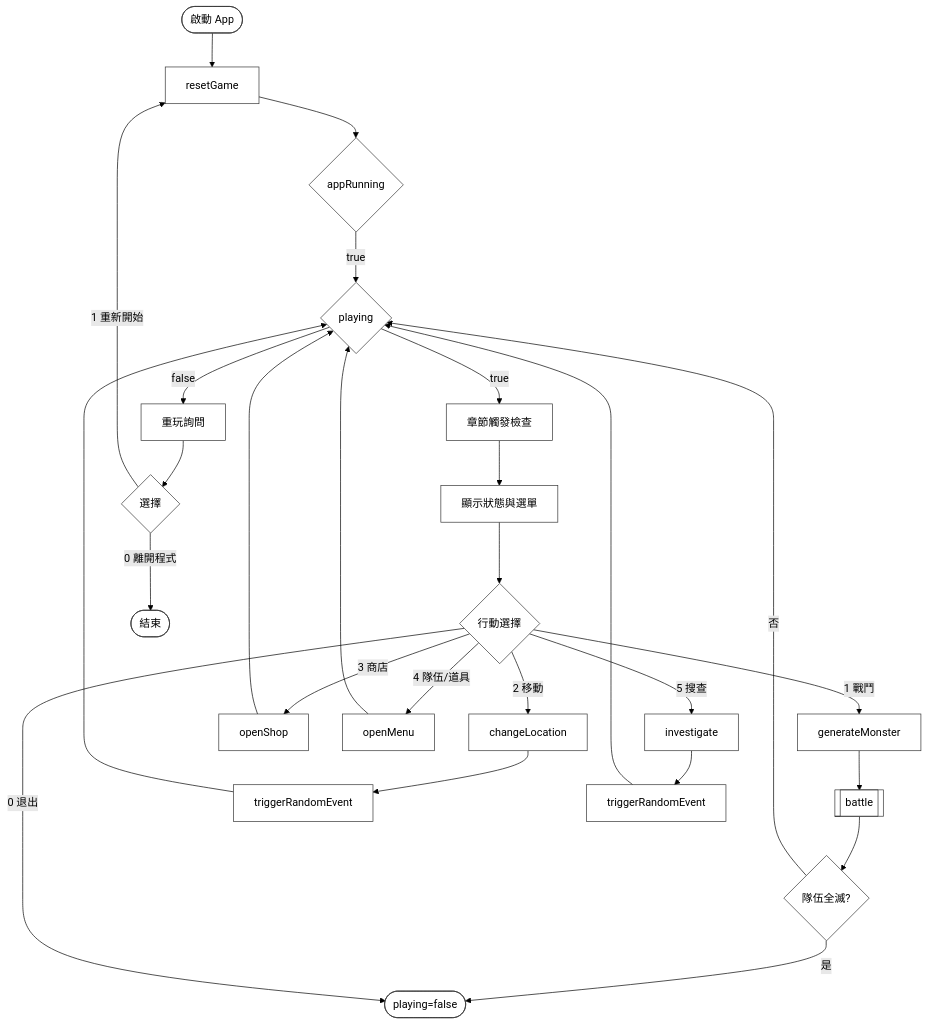
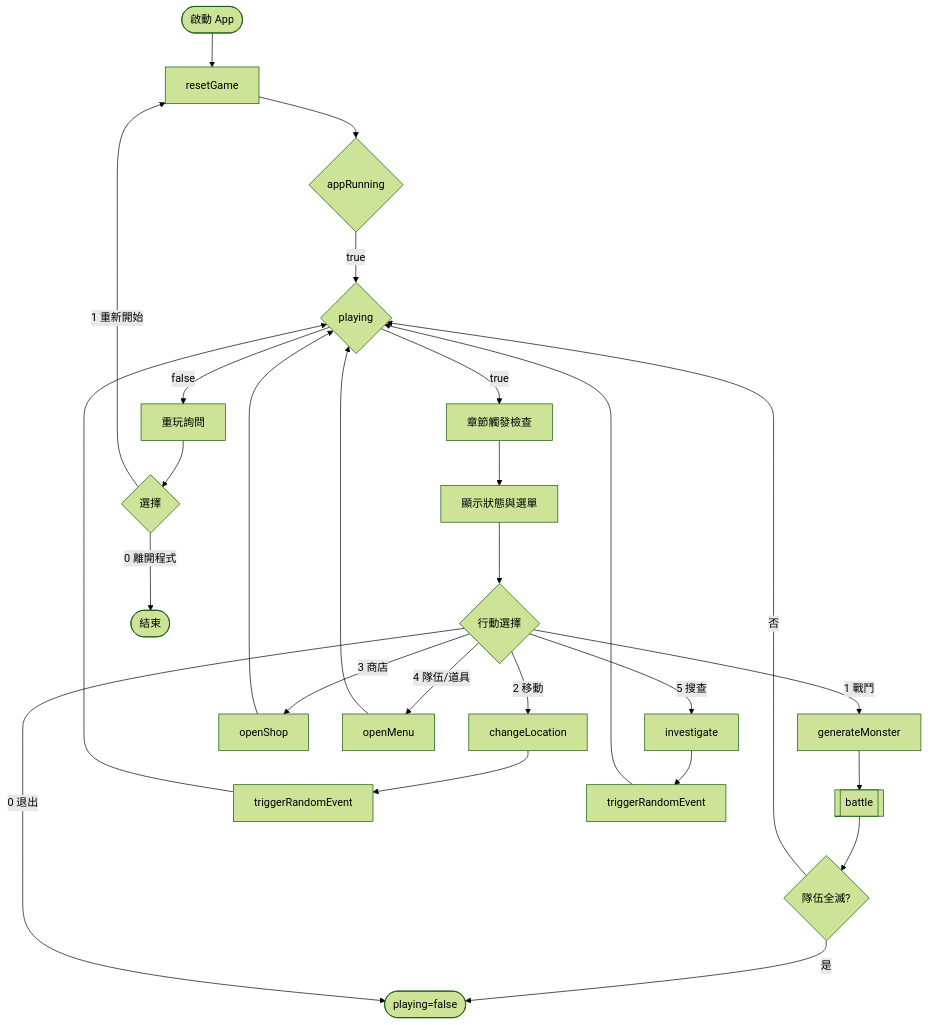
Before and after one commit to t114310203-jpg/rpg_game: the second of 6 diagrams in flowchart.md, drawn with Mermaid (forest theme). The commit also changed other lines of this file, not shown here.

````diff
--- a/flowchart.md
+++ b/flowchart.md
@@ -69,33 +69,32 @@
 ```mermaid
 %% 總覽：應用主流程
 flowchart TD
     A([啟動 App]) --> B[resetGame]
     B --> C{appRunning}
     C -- true --> D{playing}
     D -- true --> E[章節觸發檢查]
     E --> F[顯示狀態與選單]
     F --> G{行動選擇}
     G -- 1 戰鬥 --> H[generateMonster]
     H --> I[[battle]]
     I --> J{隊伍全滅?}
     J -- 是 --> D_false([playing=false])
     J -- 否 --> D
     G -- 2 移動 --> K[changeLocation]
     K --> L[triggerRandomEvent]
     L --> D
     G -- 3 商店 --> M[openShop]
     M --> D
     G -- 4 隊伍/道具 --> N[openMenu]
     N --> D
     G -- 5 搜查 --> O[investigate]
     O --> P[triggerRandomEvent]
     P --> D
     G -- 0 退出 --> D_false
     D -- false --> Q[重玩詢問]
     Q --> R{選擇}
     R -- 1 重新開始 --> B
     R -- 0 離開程式 --> S([結束])
 
-    classDef node fill:#fff,stroke:#333,stroke-width:1px
     class A,B,C,D,E,F,G,H,I,J,K,L,M,N,O,P,Q,R,S,D_false node
 ```
````
